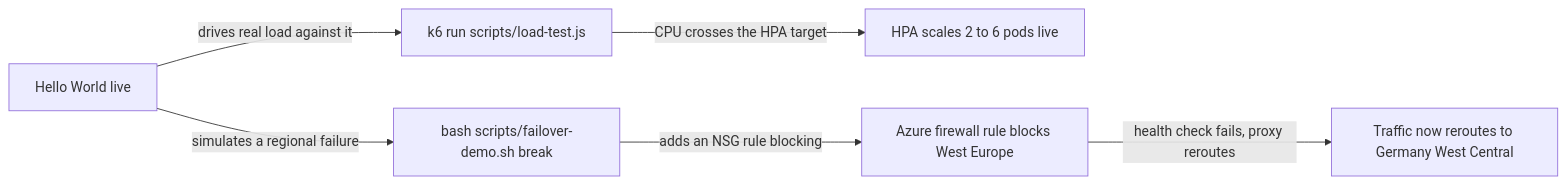
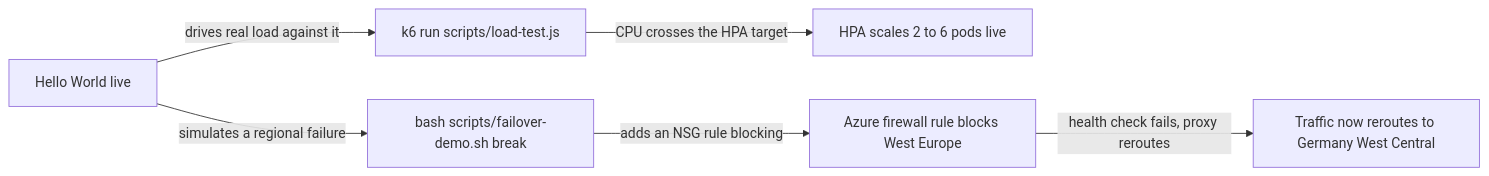
Before and after one commit to Dennis4507/cloud-native-ha-platform: the fourth of 4 diagrams in README.md, drawn with Mermaid. The commit also changed other lines of this file, not shown here.

First line of the commit message:
Revert the Mermaid init directive - it broke GitHub's renderer

````diff
--- a/README.md
+++ b/README.md
@@ -110,9 +107,8 @@
 ```mermaid
-%%{init: {'flowchart': {'nodeSpacing': 60, 'rankSpacing': 80}}}%%
 flowchart LR
     IN4["Hello World live"] -->|drives real load against it| CMD6a["k6 run scripts/load-test.js"]
     CMD6a -->|CPU crosses the HPA target| OUT6a["HPA scales 2 to 6 pods live"]
     IN4 -->|simulates a regional failure| CMD6b["bash scripts/failover-demo.sh break"]
     CMD6b -->|adds an NSG rule blocking| OUT6b["Azure firewall rule blocks West Europe"]
     OUT6b -->|health check fails, proxy reroutes| OUT7["Traffic now reroutes to Germany West Central"]
 ```
````
